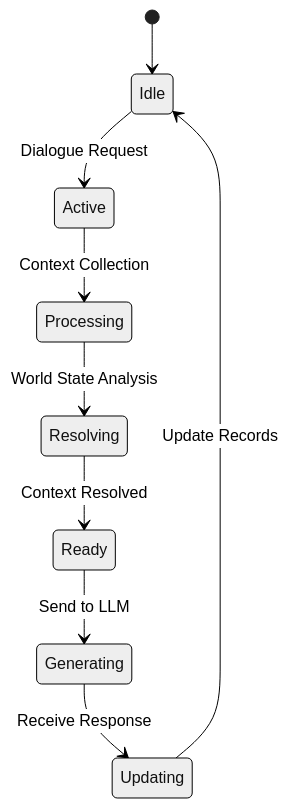
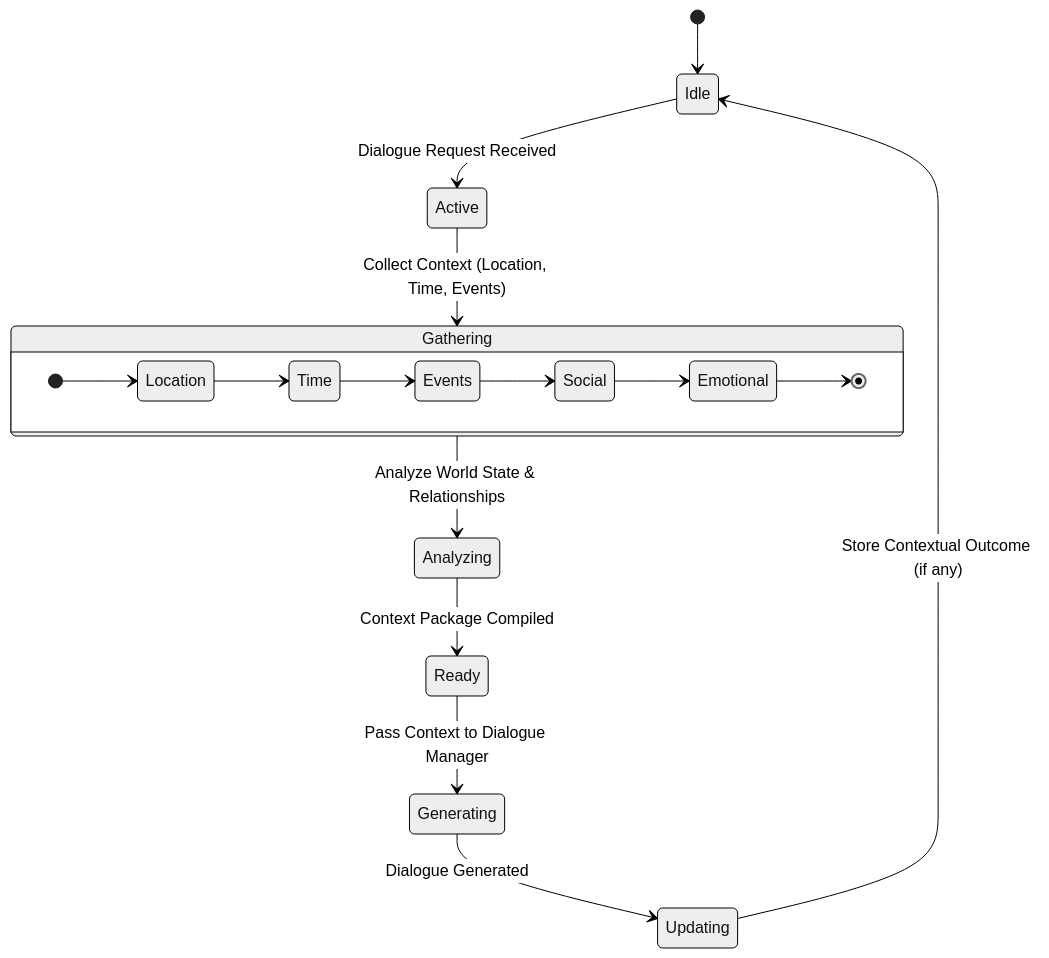
Diagram 15 of 23 in docs/Specification.md (NaXzyu/StoryTeller), drawn with Mermaid (neutral theme) before and after one commit. The commit also changed other lines of this file and 5 other files, not shown here.

````diff
--- a/docs/Specification.md
+++ b/docs/Specification.md
@@ -313,11 +1138,21 @@
 ```mermaid
 stateDiagram-v2
     [*] --> Idle
-    Idle --> Active: Dialogue Request
-    Active --> Processing: Context Collection
-    Processing --> Resolving: World State Analysis
-    Resolving --> Ready: Context Resolved
-    Ready --> Generating: Send to LLM
-    Generating --> Updating: Receive Response
-    Updating --> Idle: Update Records
+    Idle --> Active: Dialogue Request Received
+    Active --> Gathering: Collect Context (Location, Time, Events)
+    Gathering --> Analyzing: Analyze World State & Relationships
+    Analyzing --> Ready: Context Package Compiled
+    Ready --> Generating: Pass Context to Dialogue Manager
+    Generating --> Updating: Dialogue Generated
+    Updating --> Idle: Store Contextual Outcome (if any)
+    
+    state Gathering {
+        direction LR
+        [*] --> Location
+        Location --> Time
+        Time --> Events
+        Events --> Social
+        Social --> Emotional
+        Emotional --> [*]
+    }
 ```
````
